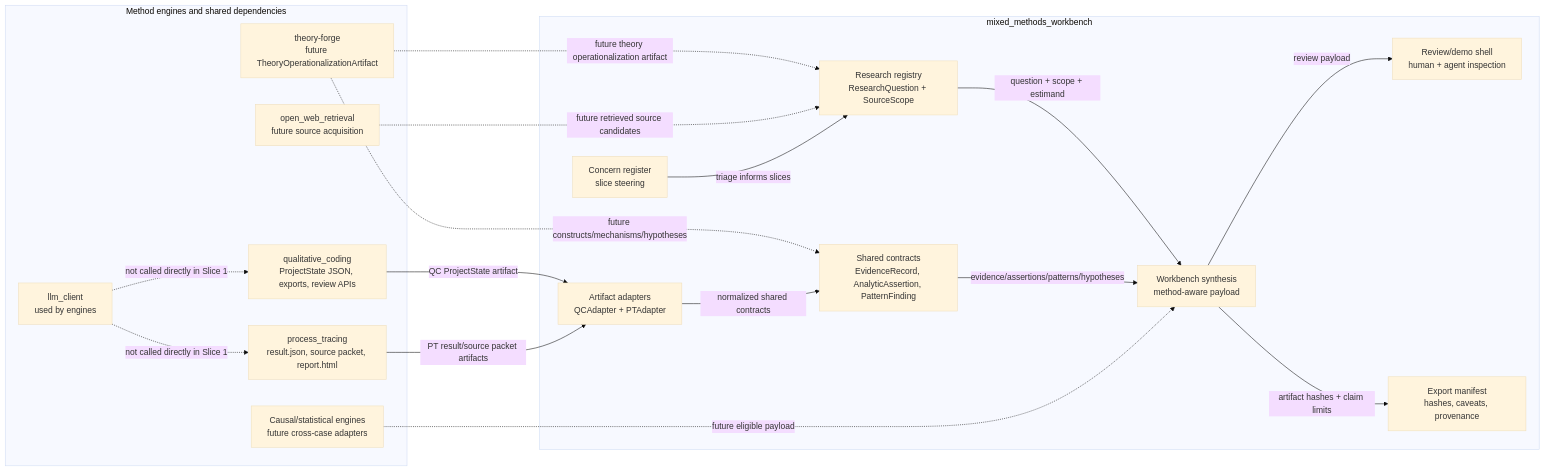
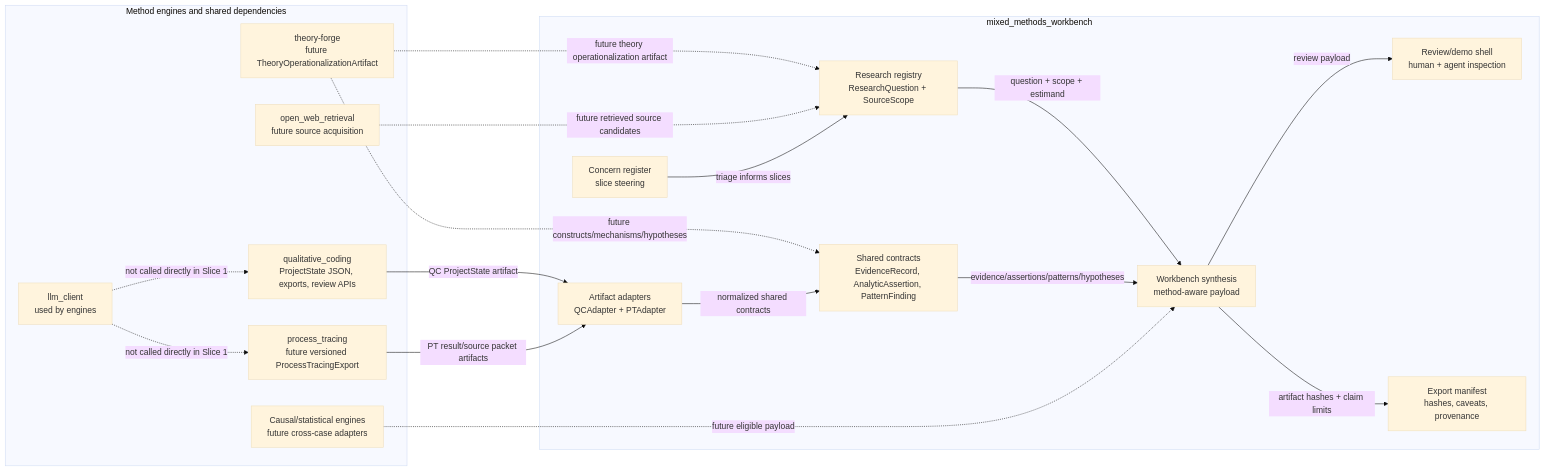
One commit to BrianMills2718/mixed_methods_workbench changed the first of 3 diagrams in docs/ARCHITECTURE.md. Above: the diagram before and after it, drawn with Mermaid (base theme). The commit also changed other lines of this file and 20 other files, not shown here.

````diff
--- a/docs/ARCHITECTURE.md
+++ b/docs/ARCHITECTURE.md
@@ -137,36 +137,36 @@
 ```mermaid
 flowchart LR
   subgraph External["Method engines and shared dependencies"]
     QC["qualitative_coding\nProjectState JSON, exports, review APIs"]
-    PT["process_tracing\nresult.json, source packet, report.html"]
+    PT["process_tracing\nfuture versioned ProcessTracingExport"]
     TF["theory-forge\nfuture TheoryOperationalizationArtifact"]
     LLM["llm_client\nused by engines"]
     Web["open_web_retrieval\nfuture source acquisition"]
     Causal["Causal/statistical engines\nfuture cross-case adapters"]
   end
 
   subgraph Workbench["mixed_methods_workbench"]
     Registry["Research registry\nResearchQuestion + SourceScope"]
     Adapters["Artifact adapters\nQCAdapter + PTAdapter"]
     Contracts["Shared contracts\nEvidenceRecord, AnalyticAssertion, PatternFinding"]
     Synth["Workbench synthesis\nmethod-aware payload"]
     Review["Review/demo shell\nhuman + agent inspection"]
     Export["Export manifest\nhashes, caveats, provenance"]
     Concern["Concern register\nslice steering"]
   end
 
   QC -->|"QC ProjectState artifact"| Adapters
   PT -->|"PT result/source packet artifacts"| Adapters
   TF -. "future theory operationalization artifact" .-> Registry
   TF -. "future constructs/mechanisms/hypotheses" .-> Contracts
   Adapters -->|"normalized shared contracts"| Contracts
   Registry -->|"question + scope + estimand"| Synth
   Contracts -->|"evidence/assertions/patterns/hypotheses"| Synth
   Synth -->|"review payload"| Review
   Synth -->|"artifact hashes + claim limits"| Export
   Causal -. "future eligible payload" .-> Synth
   Web -. "future retrieved source candidates" .-> Registry
   LLM -. "not called directly in Slice 1" .-> QC
   LLM -. "not called directly in Slice 1" .-> PT
   Concern -->|"triage informs slices"| Registry
 ```
````
